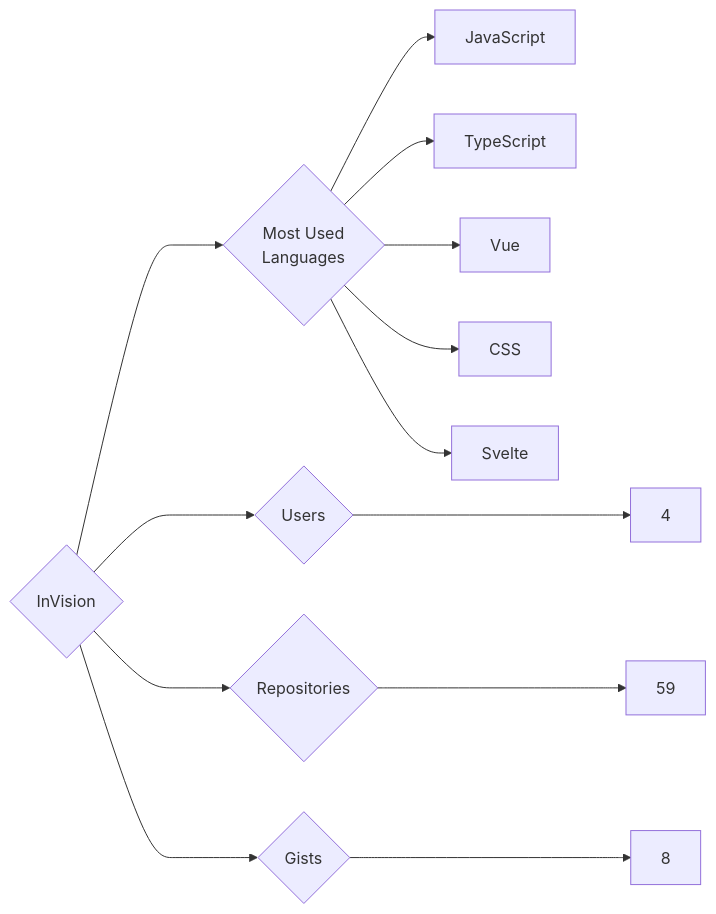
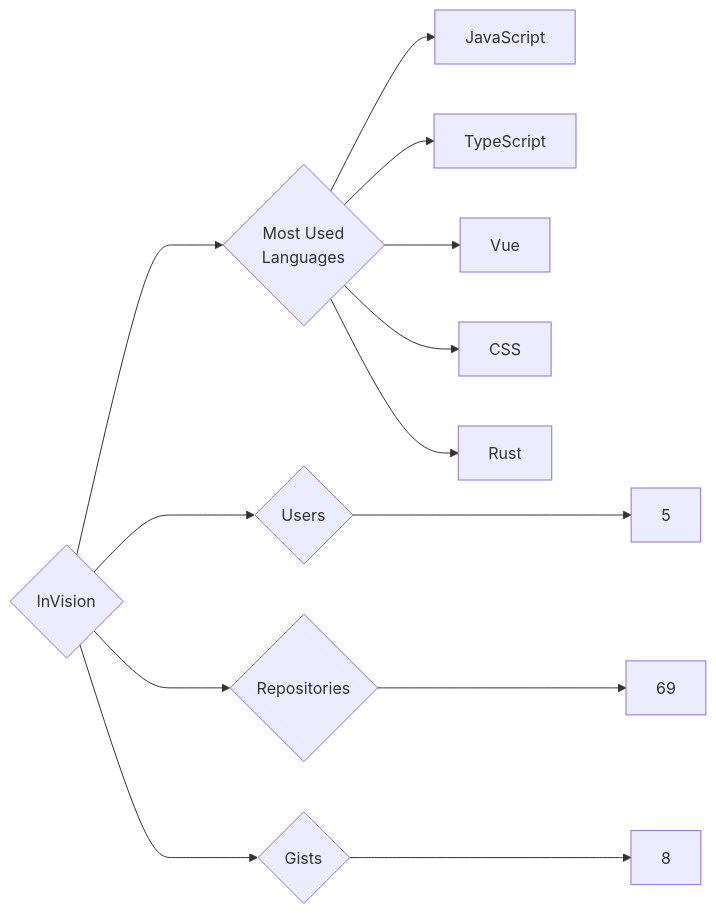
One commit to trickest/insiders changed the diagram in targets/InVision/README.md. Above: the diagram before and after it, drawn with Mermaid. The commit also changed 998 other files, not shown here.

````diff
--- a/targets/InVision/README.md
+++ b/targets/InVision/README.md
@@ -3,13 +3,13 @@
 ```mermaid
 graph LR
 COMPANY_NAME{InVision}
-COMPANY_NAME ---> U{Users} ---> UN[4]
-COMPANY_NAME ---> R{Repositories} ---> RN[59]
+COMPANY_NAME ---> U{Users} ---> UN[5]
+COMPANY_NAME ---> R{Repositories} ---> RN[69]
 COMPANY_NAME ---> G{Gists} ---> GN[8]
 COMPANY_NAME ---> ML{Most Used<br>Languages}
 ML --> JavaScript[JavaScript]
 ML --> TypeScript[TypeScript]
 ML --> Vue[Vue]
 ML --> CSS[CSS]
-ML --> Svelte[Svelte]
+ML --> Rust[Rust]
 ```
````
